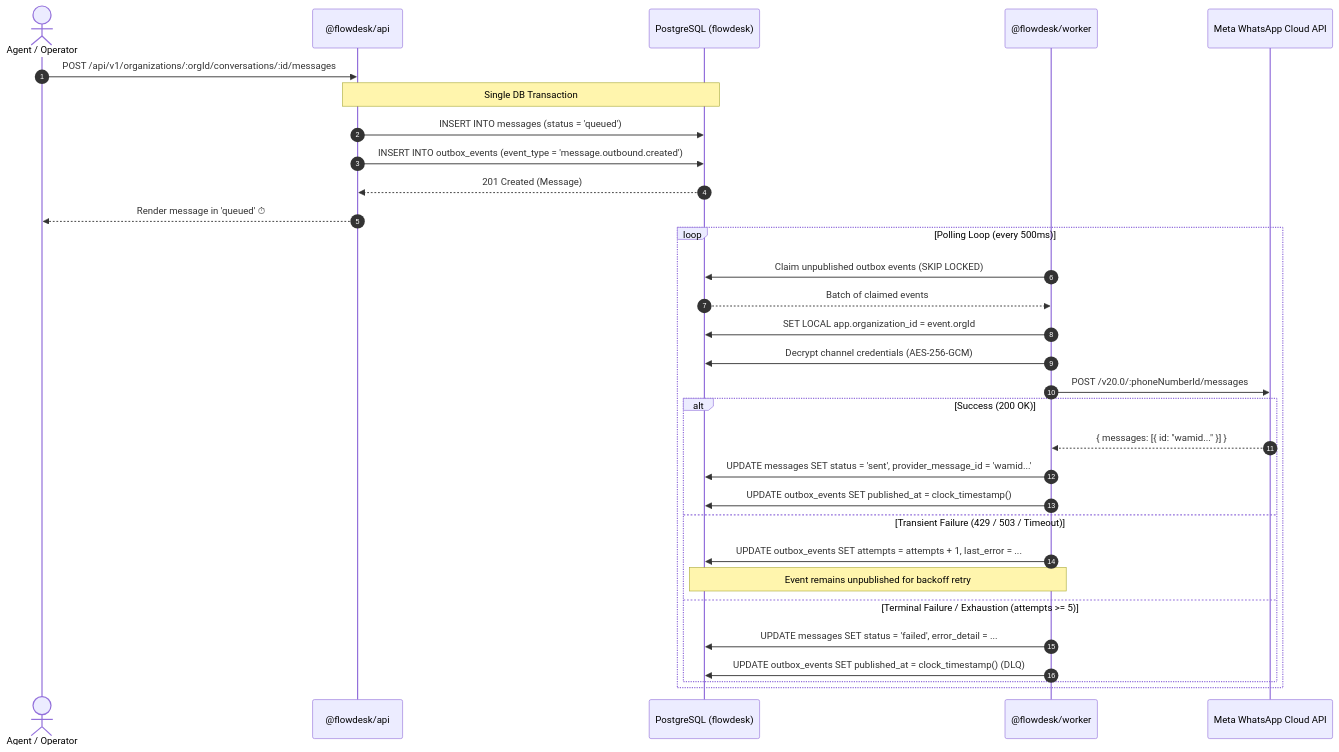
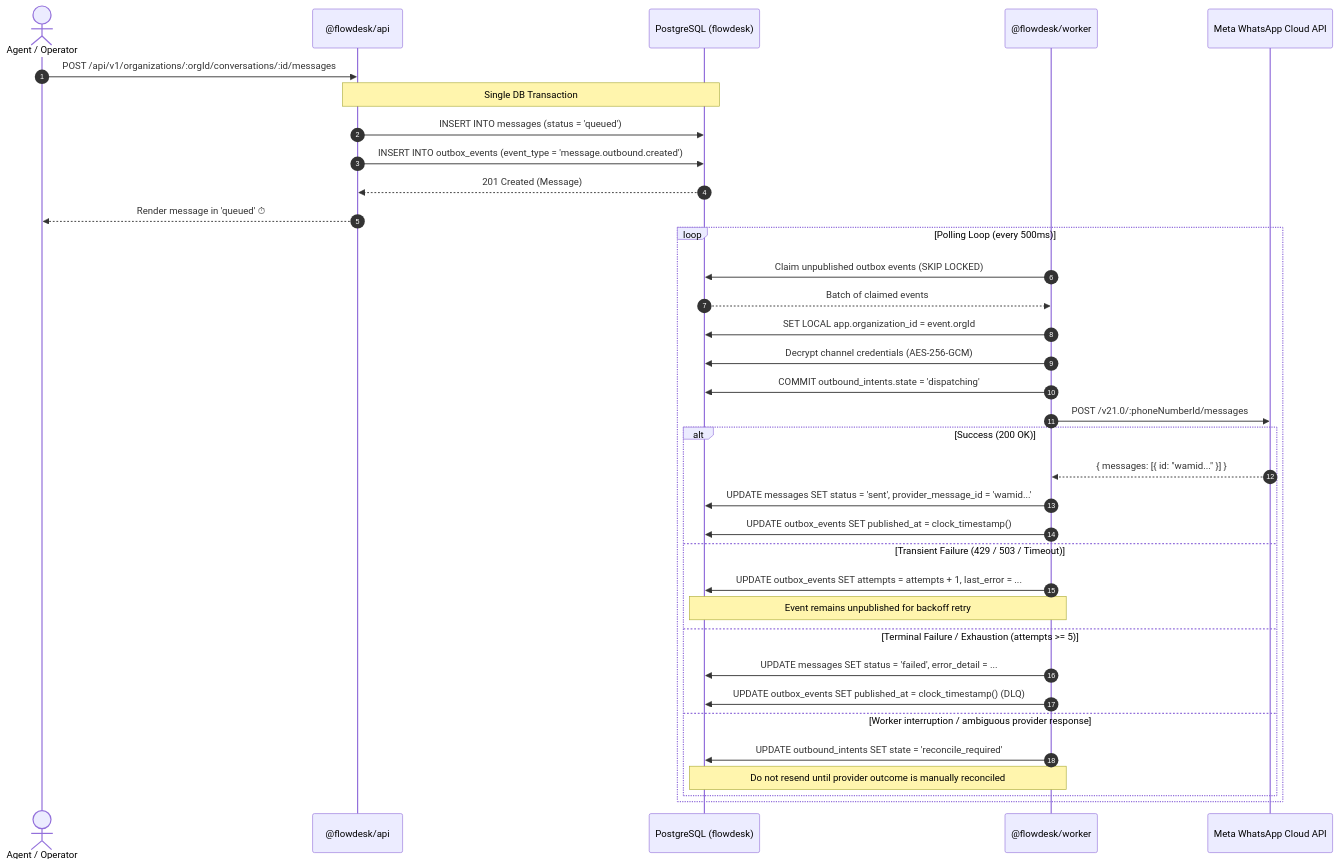
Before and after one commit to Ryanakml/flow-desk-ai: the diagram in docs/runbooks/whatsapp-outbox-dlq.md, drawn with Mermaid. The commit also changed other lines of this file and 34 other files, not shown here.

````diff
--- a/docs/runbooks/whatsapp-outbox-dlq.md
+++ b/docs/runbooks/whatsapp-outbox-dlq.md
@@ -18,35 +18,39 @@
 ```mermaid
 sequenceDiagram
     autonumber
     actor Operator as Agent / Operator
     participant API as @flowdesk/api
     participant DB as PostgreSQL (flowdesk)
     participant Worker as @flowdesk/worker
     participant Meta as Meta WhatsApp Cloud API
 
     Operator->>API: POST /api/v1/organizations/:orgId/conversations/:id/messages
     Note over API,DB: Single DB Transaction
     API->>DB: INSERT INTO messages (status = 'queued')
     API->>DB: INSERT INTO outbox_events (event_type = 'message.outbound.created')
     DB-->>API: 201 Created (Message)
     API-->>Operator: Render message in 'queued' ⏱
 
     loop Polling Loop (every 500ms)
         Worker->>DB: Claim unpublished outbox events (SKIP LOCKED)
         DB-->>Worker: Batch of claimed events
         Worker->>DB: SET LOCAL app.organization_id = event.orgId
         Worker->>DB: Decrypt channel credentials (AES-256-GCM)
-        Worker->>Meta: POST /v20.0/:phoneNumberId/messages
+        Worker->>DB: COMMIT outbound_intents.state = 'dispatching'
+        Worker->>Meta: POST /v21.0/:phoneNumberId/messages
         alt Success (200 OK)
             Meta-->>Worker: { messages: [{ id: "wamid..." }] }
             Worker->>DB: UPDATE messages SET status = 'sent', provider_message_id = 'wamid...'
             Worker->>DB: UPDATE outbox_events SET published_at = clock_timestamp()
         else Transient Failure (429 / 503 / Timeout)
             Worker->>DB: UPDATE outbox_events SET attempts = attempts + 1, last_error = ...
             Note over Worker,DB: Event remains unpublished for backoff retry
         else Terminal Failure / Exhaustion (attempts >= 5)
             Worker->>DB: UPDATE messages SET status = 'failed', error_detail = ...
             Worker->>DB: UPDATE outbox_events SET published_at = clock_timestamp() (DLQ)
+        else Worker interruption / ambiguous provider response
+            Worker->>DB: UPDATE outbound_intents SET state = 'reconcile_required'
+            Note over Worker,DB: Do not resend until provider outcome is manually reconciled
         end
     end
 ```
````
